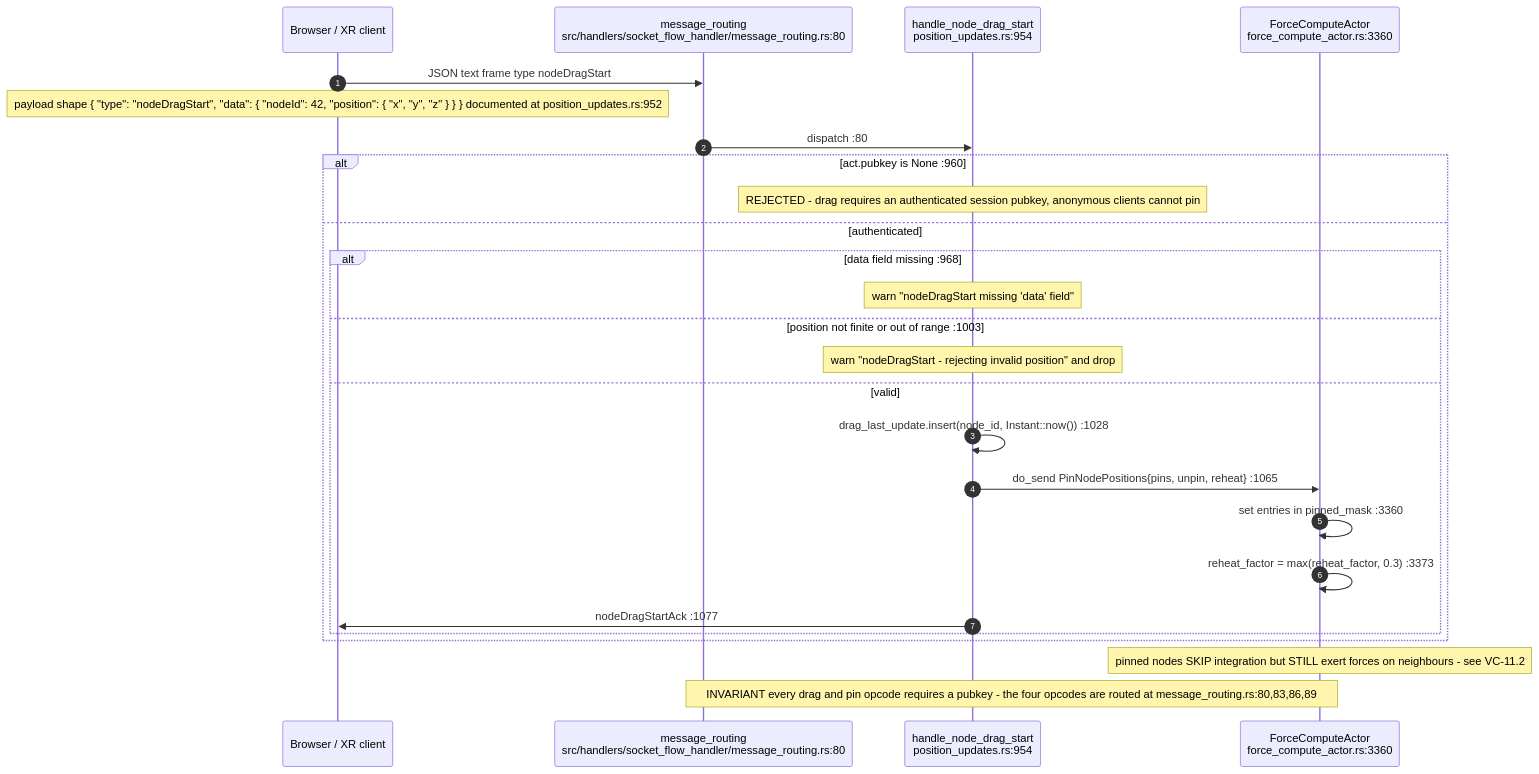
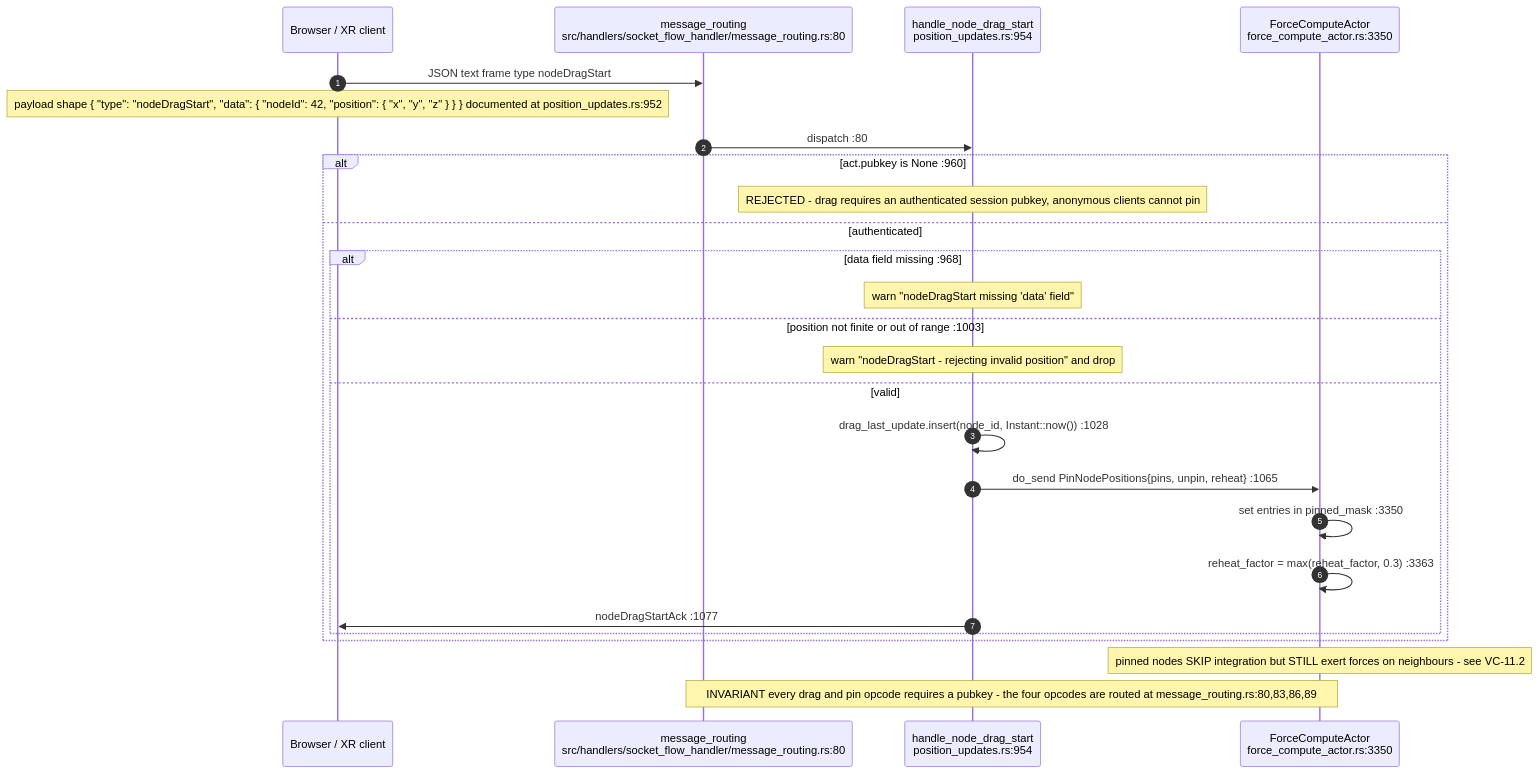
Before and after one commit to DreamLab-AI/VisionFlow: the first of 8 diagrams in docs/diagrams/visionclaw/16-interaction-drag-pin-layout.md, drawn with Mermaid. The commit also changed other lines of this file and 31 other files, not shown here.

````diff
--- a/docs/diagrams/visionclaw/16-interaction-drag-pin-layout.md
+++ b/docs/diagrams/visionclaw/16-interaction-drag-pin-layout.md
@@ -30,29 +32,29 @@
 ```mermaid
 sequenceDiagram
     autonumber
     participant C as Browser / XR client
     participant MR as message_routing<br/>src/handlers/socket_flow_handler/message_routing.rs:80
     participant H as handle_node_drag_start<br/>position_updates.rs:954
-    participant FCA as ForceComputeActor<br/>force_compute_actor.rs:3360
+    participant FCA as ForceComputeActor<br/>force_compute_actor.rs:3350
 
     C->>MR: JSON text frame type nodeDragStart
     Note over C: payload shape { "type": "nodeDragStart", "data": { "nodeId": 42, "position": { "x", "y", "z" } } } documented at position_updates.rs:952
     MR->>H: dispatch :80
     alt act.pubkey is None :960
         Note over H: REJECTED - drag requires an authenticated session pubkey, anonymous clients cannot pin
     else authenticated
         alt data field missing :968
             Note over H: warn "nodeDragStart missing 'data' field"
         else position not finite or out of range :1003
             Note over H: warn "nodeDragStart - rejecting invalid position" and drop
         else valid
             H->>H: drag_last_update.insert(node_id, Instant::now()) :1028
             H->>FCA: do_send PinNodePositions{pins, unpin, reheat} :1065
-            FCA->>FCA: set entries in pinned_mask :3360
-            FCA->>FCA: reheat_factor = max(reheat_factor, 0.3) :3373
+            FCA->>FCA: set entries in pinned_mask :3350
+            FCA->>FCA: reheat_factor = max(reheat_factor, 0.3) :3363
             H->>C: nodeDragStartAck :1077
         end
     end
     Note over FCA: pinned nodes SKIP integration but STILL exert forces on neighbours - see VC-11.2
     Note over MR,FCA: INVARIANT every drag and pin opcode requires a pubkey - the four opcodes are routed at message_routing.rs:80,83,86,89
 ```
````
